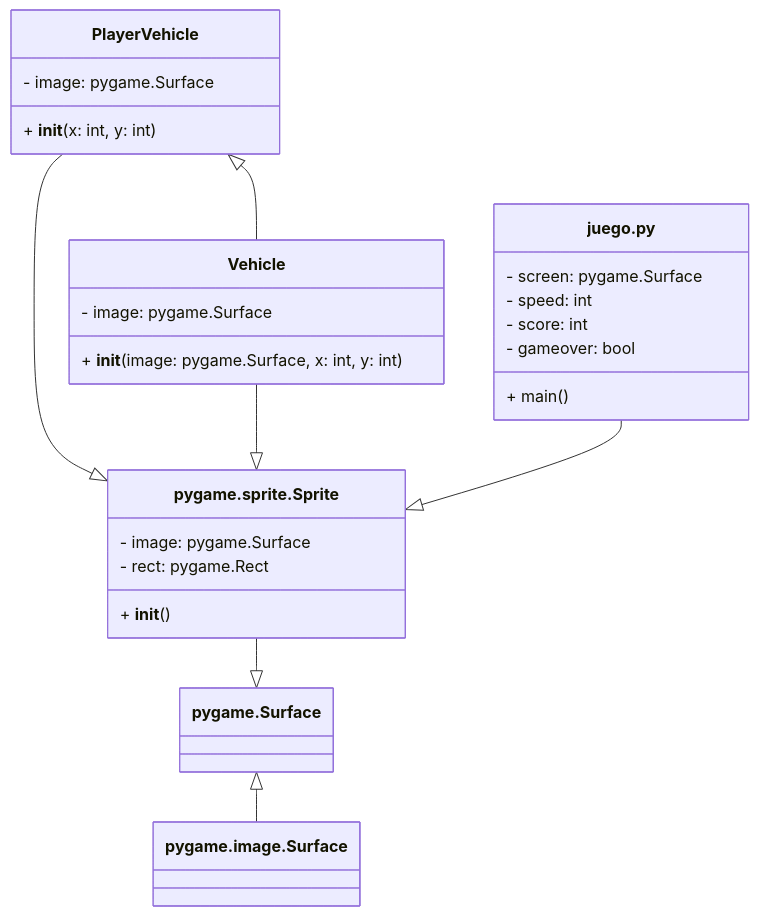
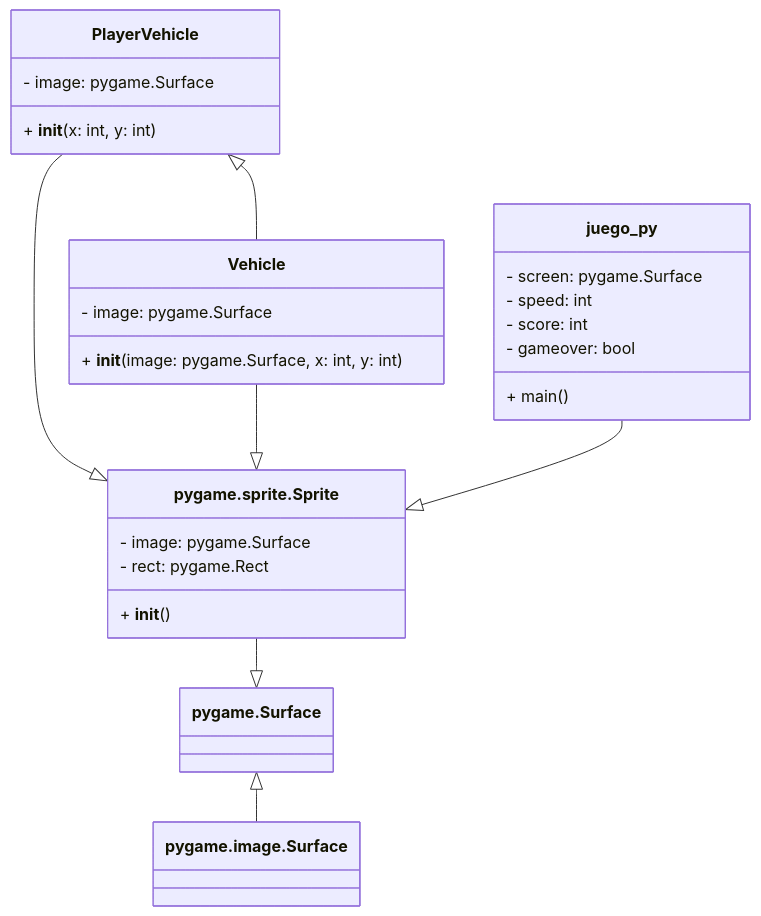
The second of 4 diagrams in README.md (jony24a/python-car-game-main), drawn with Mermaid before and after one commit.

````diff
--- a/README.md
+++ b/README.md
@@ -33,33 +33,32 @@
 ```mermaid
 classDiagram
     class PlayerVehicle {
         - image: pygame.Surface
         + __init__(x: int, y: int)
     }
     class Vehicle {
         - image: pygame.Surface
         + __init__(image: pygame.Surface, x: int, y: int)
     }
-    class juego.py {
+    class juego_py {
         - screen: pygame.Surface
         - speed: int
         - score: int
         - gameover: bool
         + main()
     }
     class pygame.Surface
     class pygame.image.Surface
     class pygame.sprite.Sprite {
         - image: pygame.Surface
         - rect: pygame.Rect
         + __init__()
     }
 
     PlayerVehicle <|-- Vehicle
     PlayerVehicle --|> pygame.sprite.Sprite
     Vehicle --|> pygame.sprite.Sprite
-    juego.py --|> pygame.sprite.Sprite
+    juego_py --|> pygame.sprite.Sprite
     pygame.sprite.Sprite --|> pygame.Surface
     pygame.Surface <|-- pygame.image.Surface
-
 ```
````
